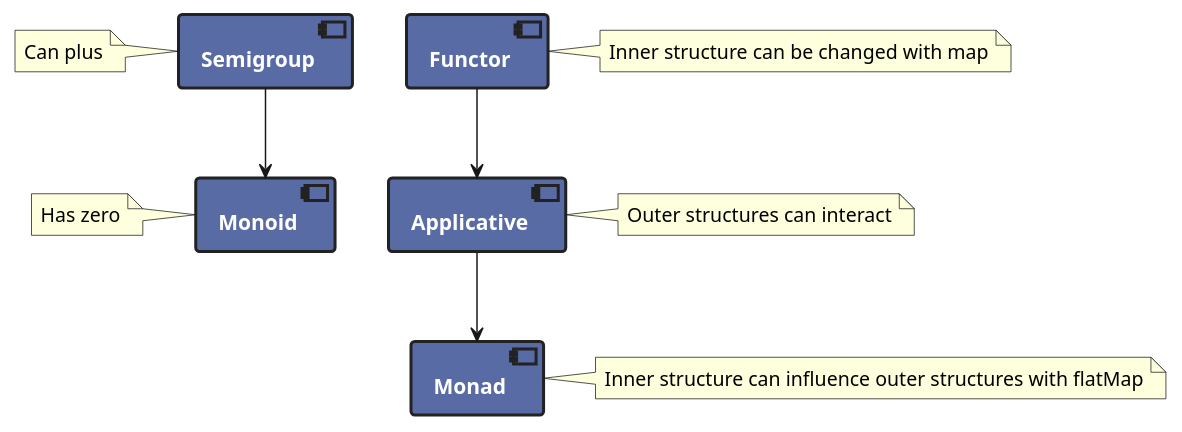
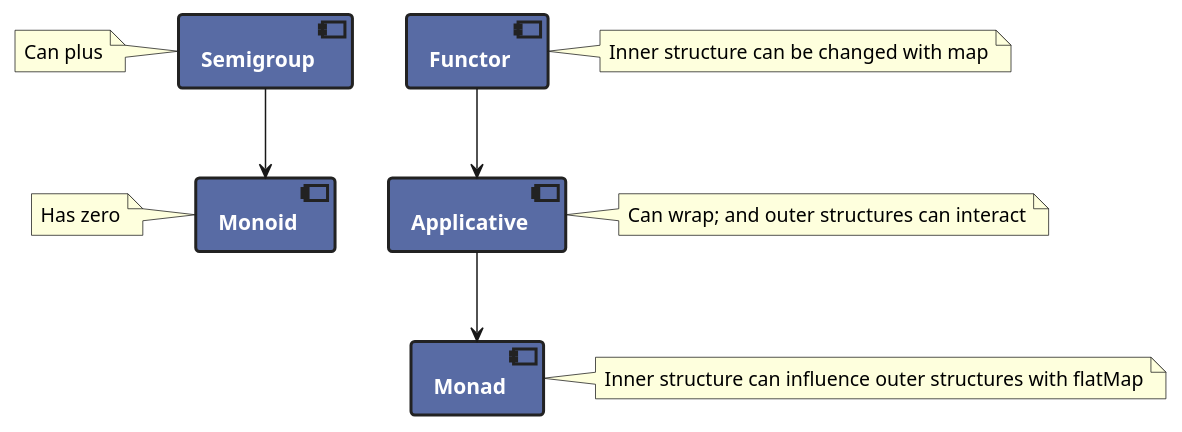
The diagram in slides/diagrams/220-functor-with-notes.puml (mcanlas/presentation-slides), drawn with PlantUML before and after one commit. The commit also changed 2 other files, not shown here.

```diff
--- a/slides/diagrams/220-functor-with-notes.puml
+++ b/slides/diagrams/220-functor-with-notes.puml
@@ -1,32 +1,32 @@
 @startuml
 
 skinparam defaultTextAlignment center
 
 skinparam component {
   fontStyle bold
   fontColor white
   backgroundColor #586ba4
   borderColor #222
   borderThickness 2
 }
 
 component semigroup as "Semigroup"
 note left of semigroup: Can plus
 
 component monoid as "Monoid"
 note left of monoid: Has zero
 
 semigroup --> monoid
 
 component functor as "Functor"
 note right of functor: Inner structure can be changed with map
 
 component applicative as "Applicative"
-note right of applicative: Outer structures can interact
+note right of applicative: Can wrap; and outer structures can interact
 
 component monad as "Monad"
 note right of monad: Inner structure can influence outer structures with flatMap
 
 functor --> applicative
 applicative --> monad
 @enduml
```
